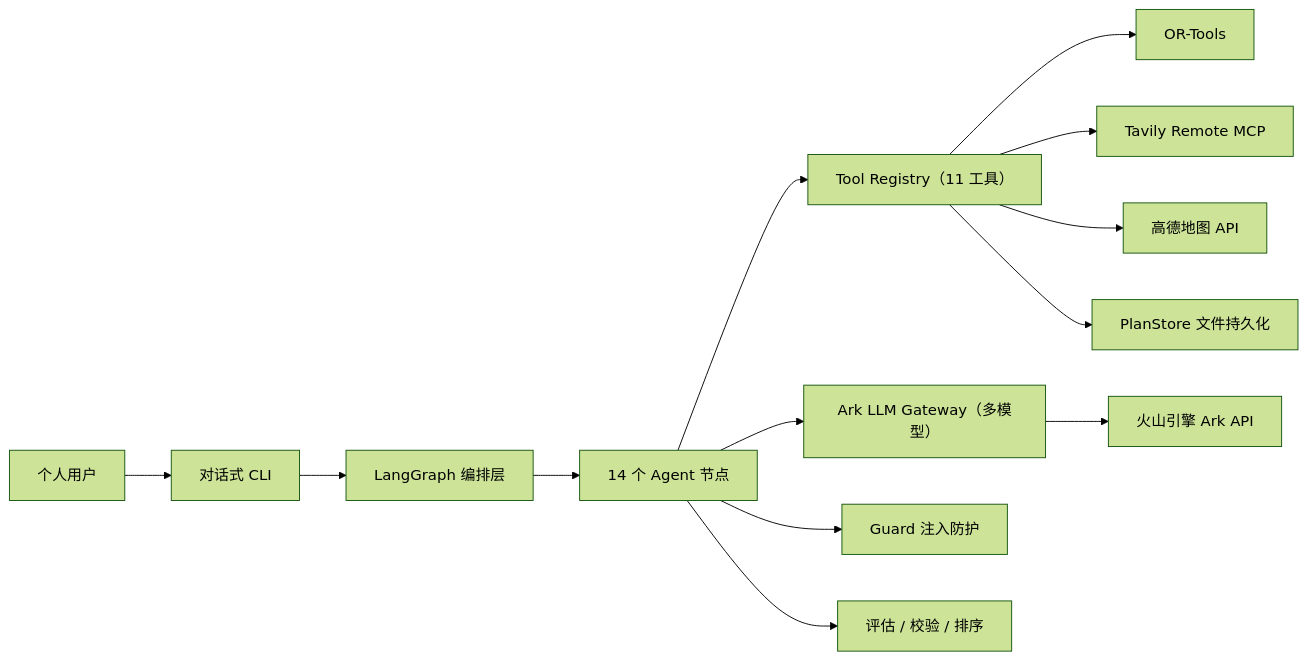
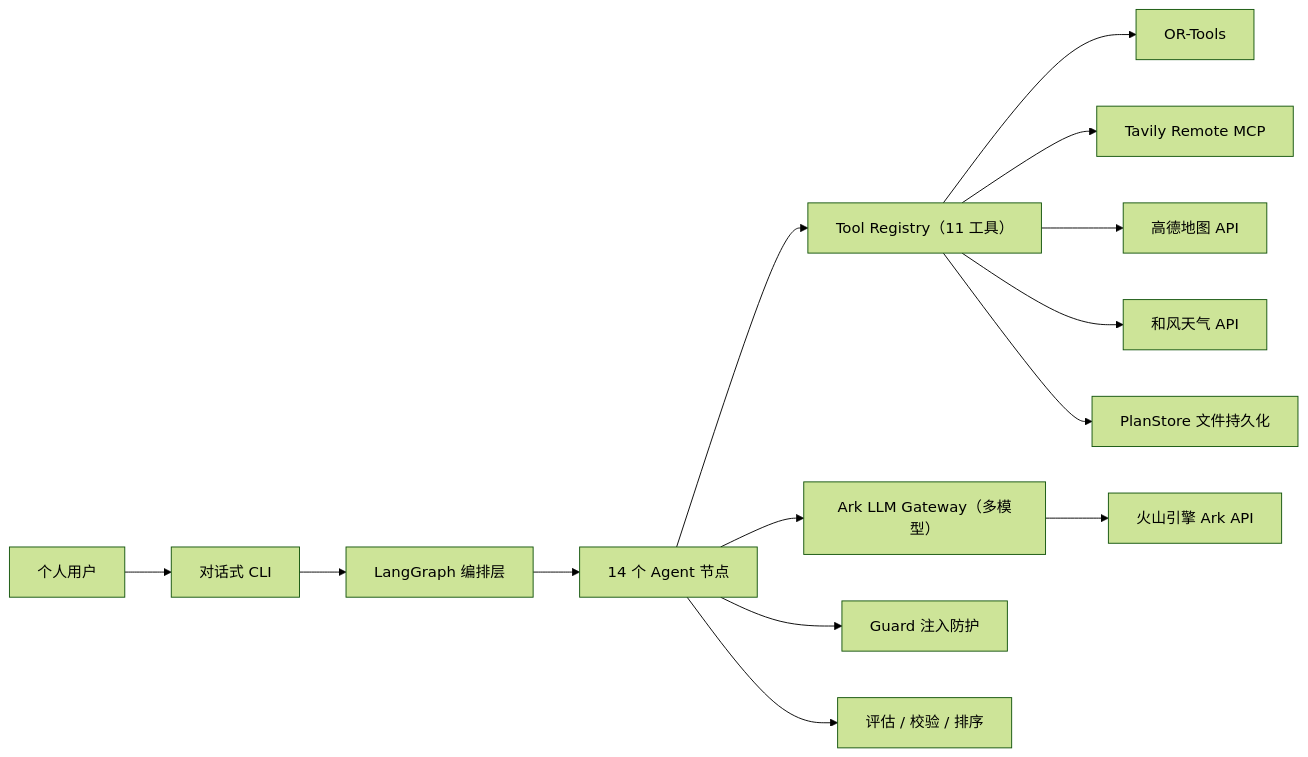
The diagram in docs/02-系统架构设计.md (IsGodmini/muti-agents-projects), drawn with Mermaid (forest theme) before and after one commit. The commit also changed other lines of this file and 22 other files, not shown here.

````diff
--- a/docs/02-系统架构设计.md
+++ b/docs/02-系统架构设计.md
@@ -13,15 +13,16 @@
 ```mermaid
 flowchart LR
     U["个人用户"] --> CLI["对话式 CLI"]
     CLI --> G["LangGraph 编排层"]
     G --> NODES["14 个 Agent 节点"]
     NODES --> TR["Tool Registry（11 工具）"]
     NODES --> MG["Ark LLM Gateway（多模型）"]
     TR --> OPT["OR-Tools"]
     TR --> MCP["Tavily Remote MCP"]
     TR --> AMAP["高德地图 API"]
+    TR --> WX["和风天气 API"]
     TR --> PS["PlanStore 文件持久化"]
     NODES --> GUARD["Guard 注入防护"]
     NODES --> EVAL["评估 / 校验 / 排序"]
     MG --> ARK["火山引擎 Ark API"]
 ```
````
